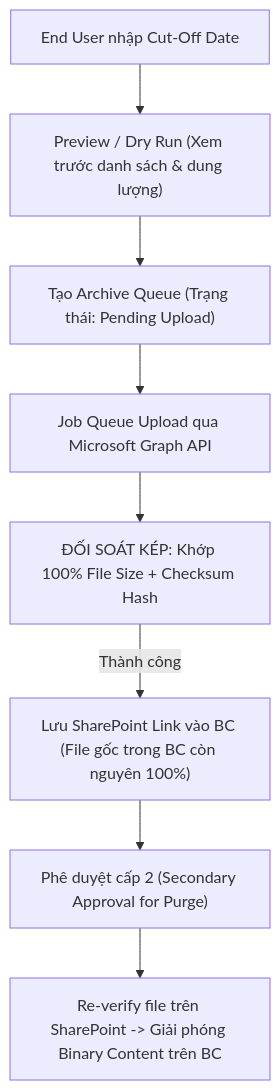
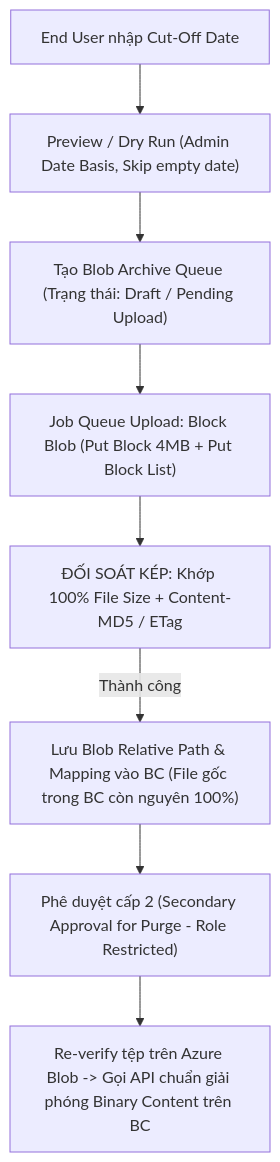
Before and after one commit to Daniel-DangNam/BC-File-Archiving-to-SharePoint: the diagram in README.md, drawn with Mermaid. The commit also changed other lines of this file and 2 other files, not shown here.

Commit message:
docs: update README for Azure Blob decision and incorporate Lead feedback on WORM and Cut-off date rules

````diff
--- a/README.md
+++ b/README.md
@@ -46,10 +59,10 @@
 ```mermaid
 flowchart TD
-    A["End User nhập Cut-Off Date"] --> B["Preview / Dry Run (Xem trước danh sách & dung lượng)"]
-    B --> C["Tạo Archive Queue (Trạng thái: Pending Upload)"]
-    C --> D["Job Queue Upload qua Microsoft Graph API"]
-    D --> E["ĐỐI SOÁT KÉP: Khớp 100% File Size + Checksum Hash"]
-    E -->|Thành công| F["Lưu SharePoint Link vào BC (File gốc trong BC còn nguyên 100%)"]
-    F --> G["Phê duyệt cấp 2 (Secondary Approval for Purge)"]
-    G --> H["Re-verify file trên SharePoint -> Giải phóng Binary Content trên BC"]
+    A["End User nhập Cut-Off Date"] --> B["Preview / Dry Run (Admin Date Basis, Skip empty date)"]
+    B --> C["Tạo Blob Archive Queue (Trạng thái: Draft / Pending Upload)"]
+    C --> D["Job Queue Upload: Block Blob (Put Block 4MB + Put Block List)"]
+    D --> E["ĐỐI SOÁT KÉP: Khớp 100% File Size + Content-MD5 / ETag"]
+    E -->|Thành công| F["Lưu Blob Relative Path & Mapping vào BC (File gốc trong BC còn nguyên 100%)"]
+    F --> G["Phê duyệt cấp 2 (Secondary Approval for Purge - Role Restricted)"]
+    G --> H["Re-verify tệp trên Azure Blob -> Gọi API chuẩn giải phóng Binary Content trên BC"]
 ```
````
